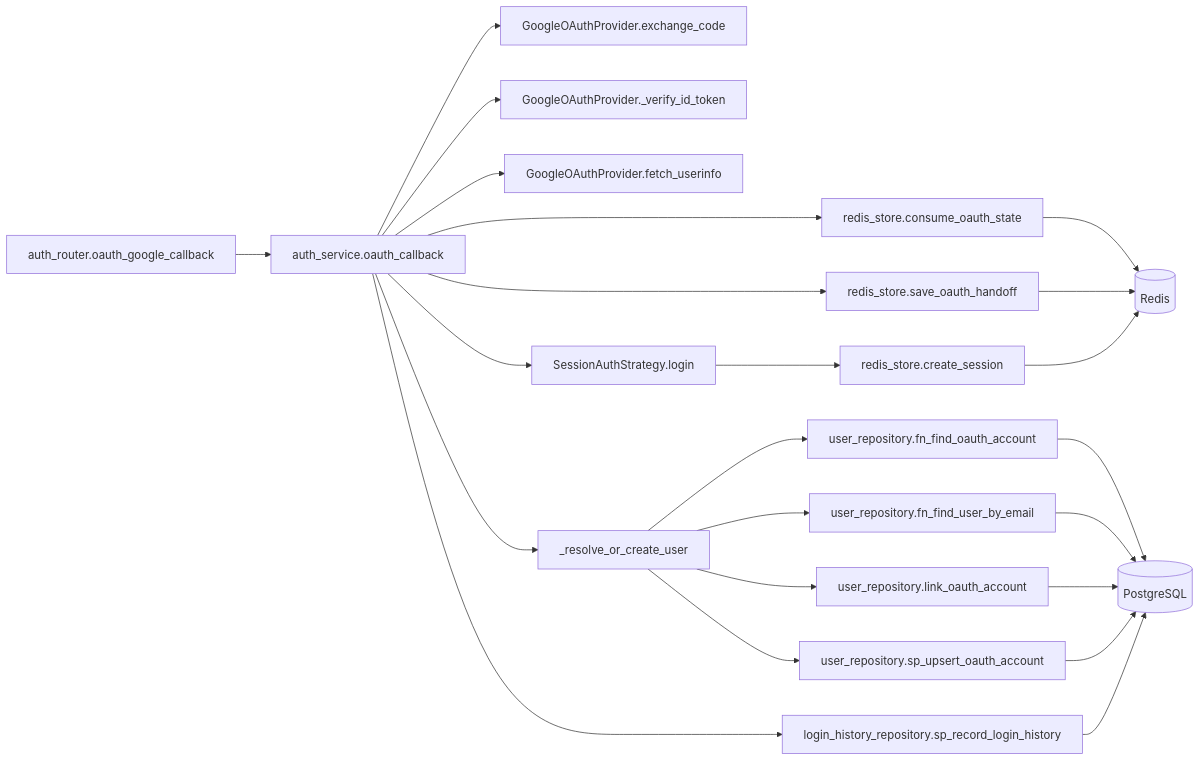
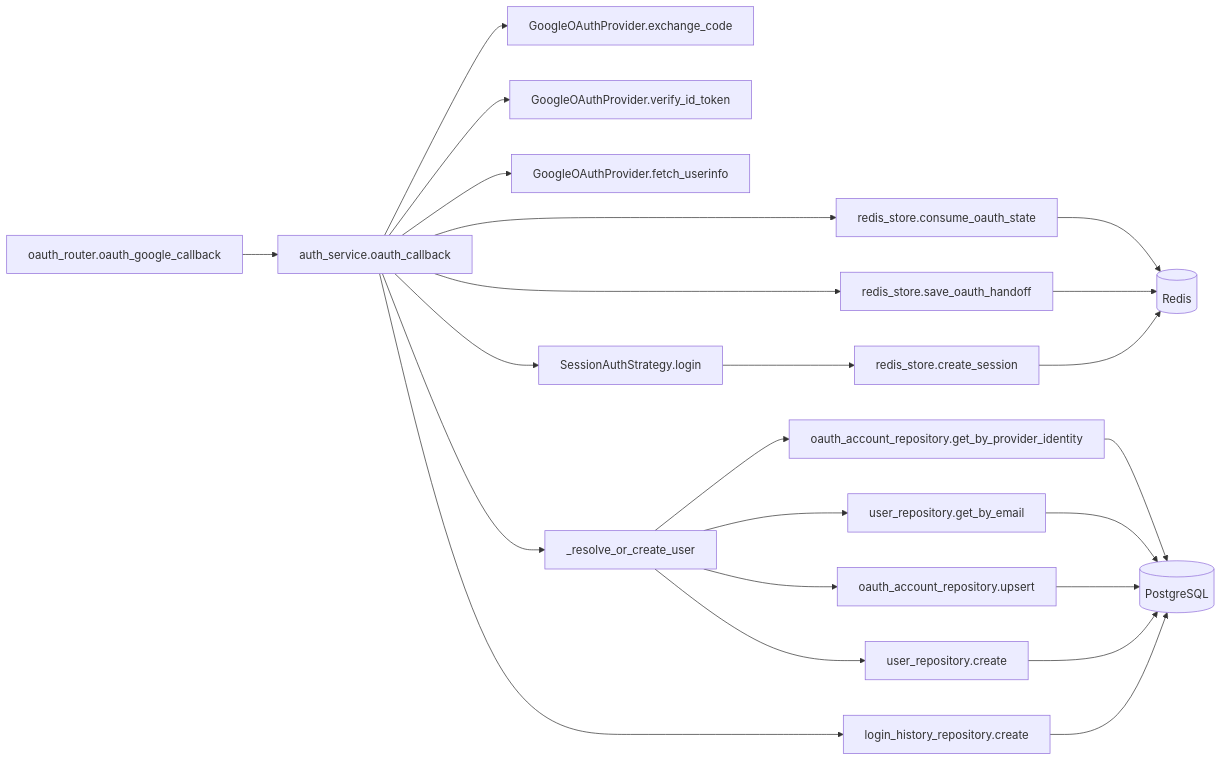
Before and after one commit to oikawa-d/task_management: the third of 4 diagrams in docs/detailed_design/api/auth/12_get_auth_oauth_google_callback.md, drawn with Mermaid. The commit also changed other lines of this file and 20 other files, not shown here.

First line of the commit message:
feat: [phase] Google OAuth2認証を完了 (#380)

````diff
--- a/docs/detailed_design/api/auth/12_get_auth_oauth_google_callback.md
+++ b/docs/detailed_design/api/auth/12_get_auth_oauth_google_callback.md
@@ -282,25 +317,25 @@
 ```mermaid
 flowchart LR
-    R["auth_router.oauth_google_callback"] --> S["auth_service.oauth_callback"]
+    R["oauth_router.oauth_google_callback"] --> S["auth_service.oauth_callback"]
     S --> RS1["redis_store.consume_oauth_state"]
     S --> OA1["GoogleOAuthProvider.exchange_code"]
-    S --> OA2["GoogleOAuthProvider._verify_id_token"]
+    S --> OA2["GoogleOAuthProvider.verify_id_token"]
     S --> OA3["GoogleOAuthProvider.fetch_userinfo"]
     S --> RES["_resolve_or_create_user"]
-    RES --> URP1["user_repository.fn_find_oauth_account"]
-    RES --> URP2["user_repository.fn_find_user_by_email"]
-    RES --> URP3["user_repository.link_oauth_account"]
-    RES --> URP4["user_repository.sp_upsert_oauth_account"]
+    RES --> URP1["oauth_account_repository.get_by_provider_identity"]
+    RES --> URP2["user_repository.get_by_email"]
+    RES --> URP3["oauth_account_repository.upsert"]
+    RES --> URP4["user_repository.create"]
     S --> SESS["SessionAuthStrategy.login"]
     S --> RS2["redis_store.save_oauth_handoff"]
-    S --> LRP["login_history_repository.sp_record_login_history"]
+    S --> LRP["login_history_repository.create"]
     RS1 --> RD[("Redis")]
     RS2 --> RD
     URP1 --> PG[("PostgreSQL")]
     URP2 --> PG
     URP3 --> PG
     URP4 --> PG
     LRP --> PG
     SESS --> RS3["redis_store.create_session"]
     RS3 --> RD
 ```
````
